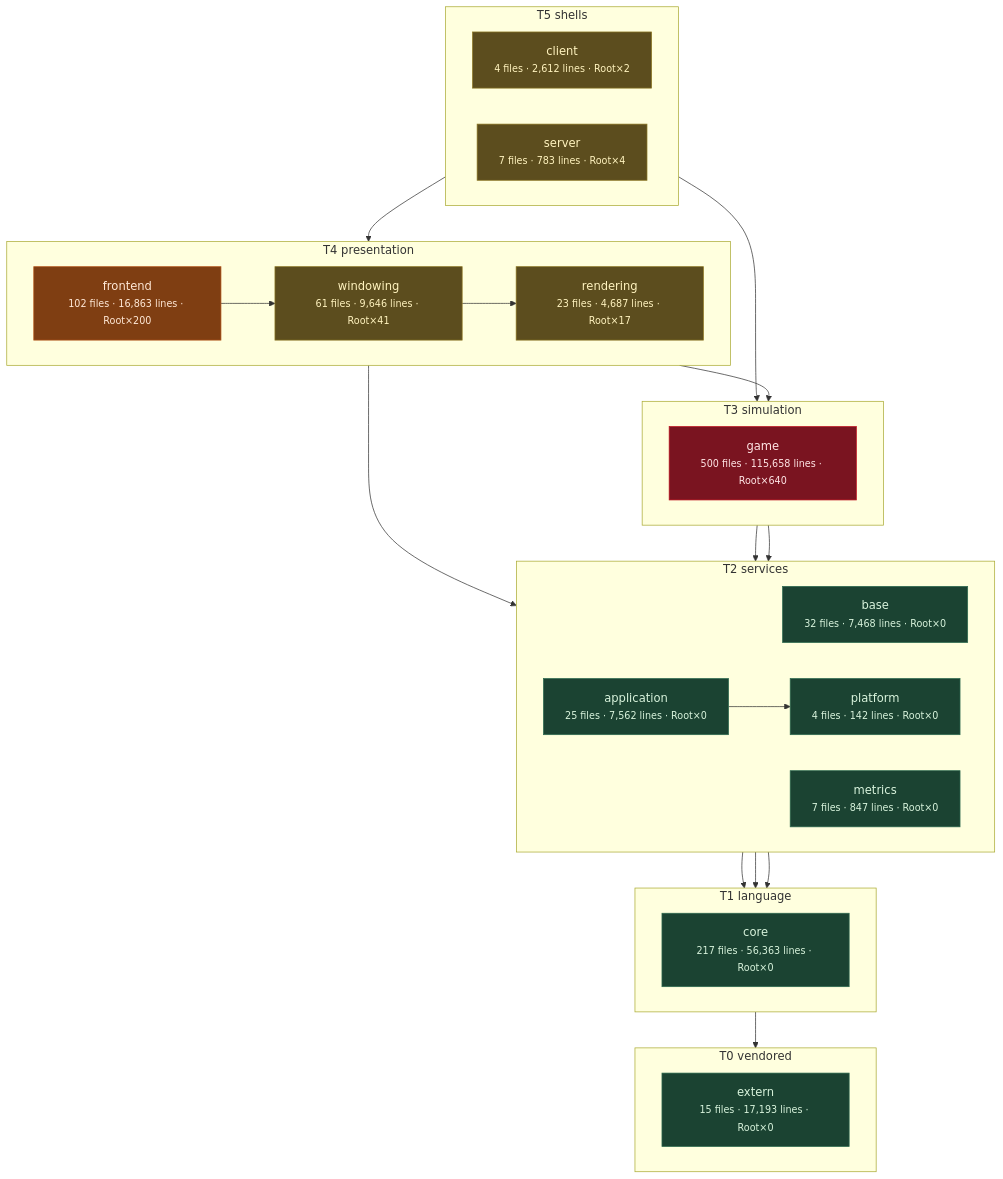
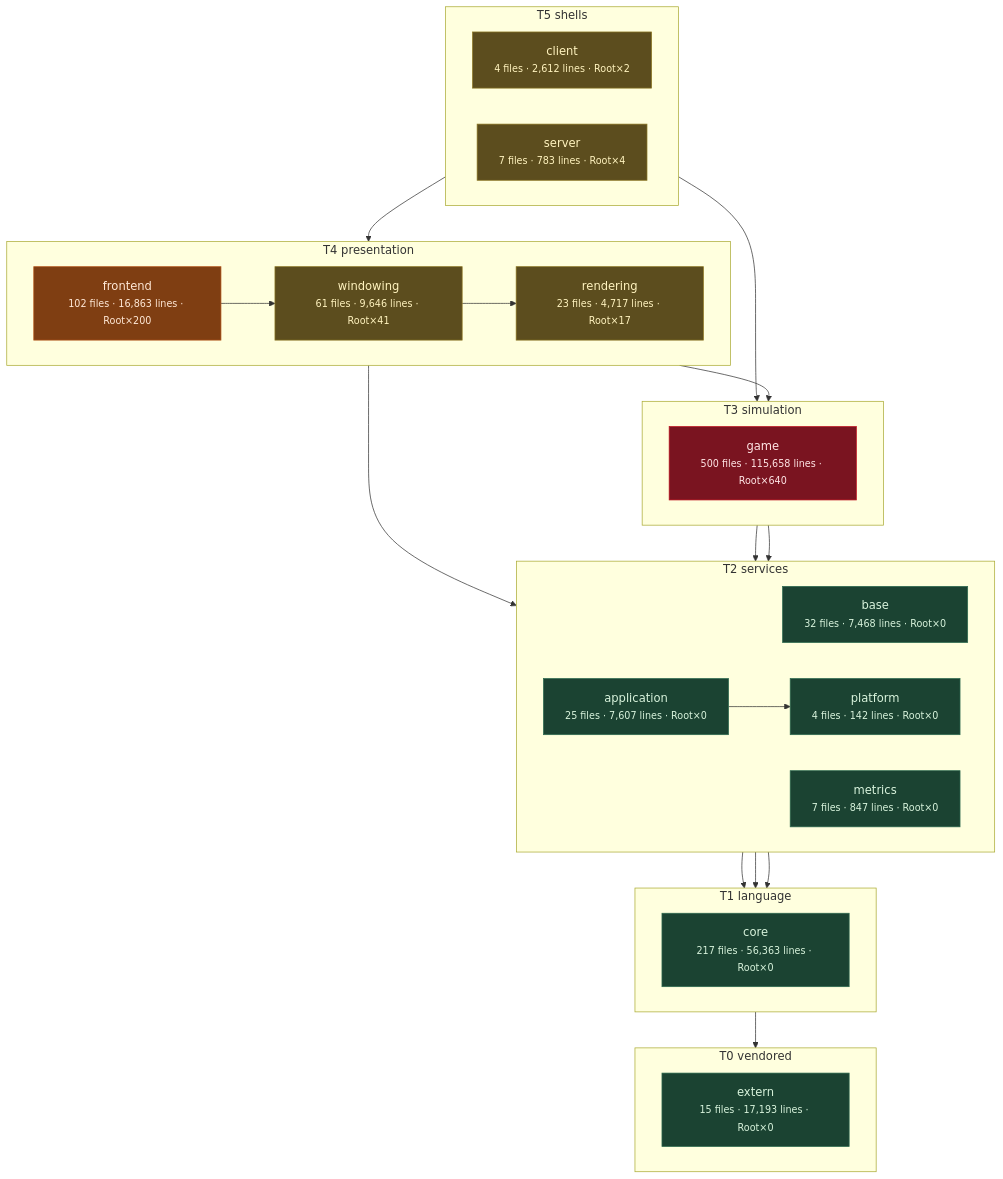
One commit to apnex/OpenStarbound changed the third of 11 diagrams in docs/architecture/system-boundaries.md. Above: the diagram before and after it, drawn with Mermaid. The commit also changed other lines of this file and 11 other files, not shown here.

````diff
--- a/docs/architecture/system-boundaries.md
+++ b/docs/architecture/system-boundaries.md
@@ -271,54 +271,54 @@
 ```mermaid
 flowchart TD
   subgraph T0["T0 vendored"]
     direction LR
     extern["extern<br/><small>15 files · 17,193 lines · Root×0</small>"]
   end
   subgraph T1["T1 language"]
     direction LR
     core["core<br/><small>217 files · 56,363 lines · Root×0</small>"]
   end
   subgraph T2["T2 services"]
     direction LR
     base["base<br/><small>32 files · 7,468 lines · Root×0</small>"]
     metrics["metrics<br/><small>7 files · 847 lines · Root×0</small>"]
     platform["platform<br/><small>4 files · 142 lines · Root×0</small>"]
-    application["application<br/><small>25 files · 7,562 lines · Root×0</small>"]
+    application["application<br/><small>25 files · 7,607 lines · Root×0</small>"]
   end
   subgraph T3["T3 simulation"]
     direction LR
     game["game<br/><small>500 files · 115,658 lines · Root×640</small>"]
   end
   subgraph T4["T4 presentation"]
     direction LR
-    rendering["rendering<br/><small>23 files · 4,687 lines · Root×17</small>"]
+    rendering["rendering<br/><small>23 files · 4,717 lines · Root×17</small>"]
     windowing["windowing<br/><small>61 files · 9,646 lines · Root×41</small>"]
     frontend["frontend<br/><small>102 files · 16,863 lines · Root×200</small>"]
   end
   subgraph T5["T5 shells"]
     direction LR
     client["client<br/><small>4 files · 2,612 lines · Root×2</small>"]
     server["server<br/><small>7 files · 783 lines · Root×4</small>"]
   end
   core --> extern
   base --> core
   metrics --> core
   platform --> core
   application --> platform
   game --> base
   game --> platform
   rendering --> application
   rendering --> game
   windowing --> rendering
   frontend --> windowing
   client --> frontend
   server --> game
   classDef clean fill:#1b4332,stroke:#2d6a4f,color:#d8f3dc
   classDef warm  fill:#5c4d1e,stroke:#8a7420,color:#fff3bf
   classDef hot   fill:#7f3e12,stroke:#b5561b,color:#ffe8d6
   classDef blaze fill:#7a1420,stroke:#c1121f,color:#ffe5e5
   class extern,core,base,metrics,platform,application clean
   class rendering,windowing,client,server warm
   class frontend hot
   class game blaze
 ```
````
